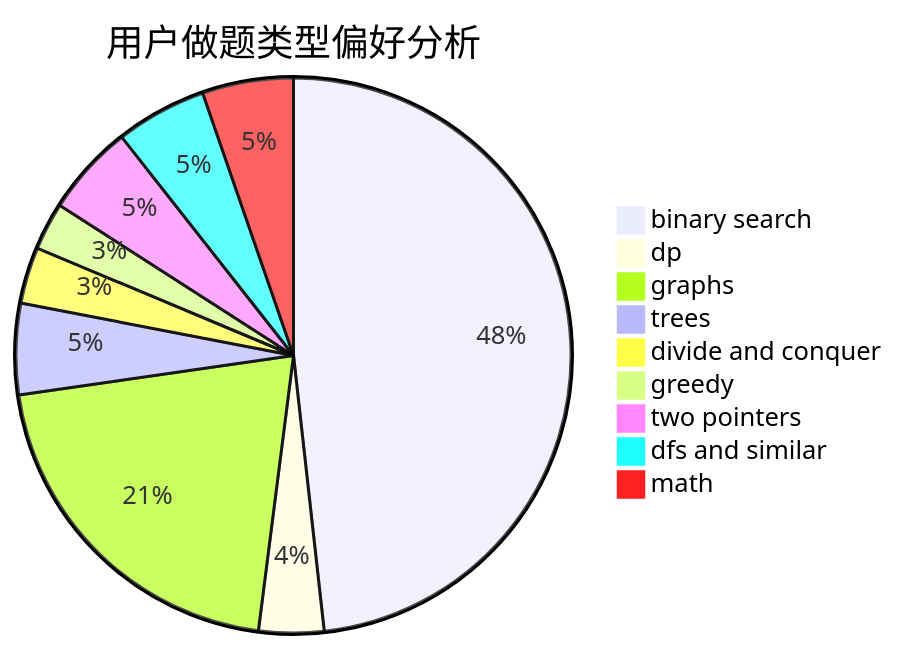
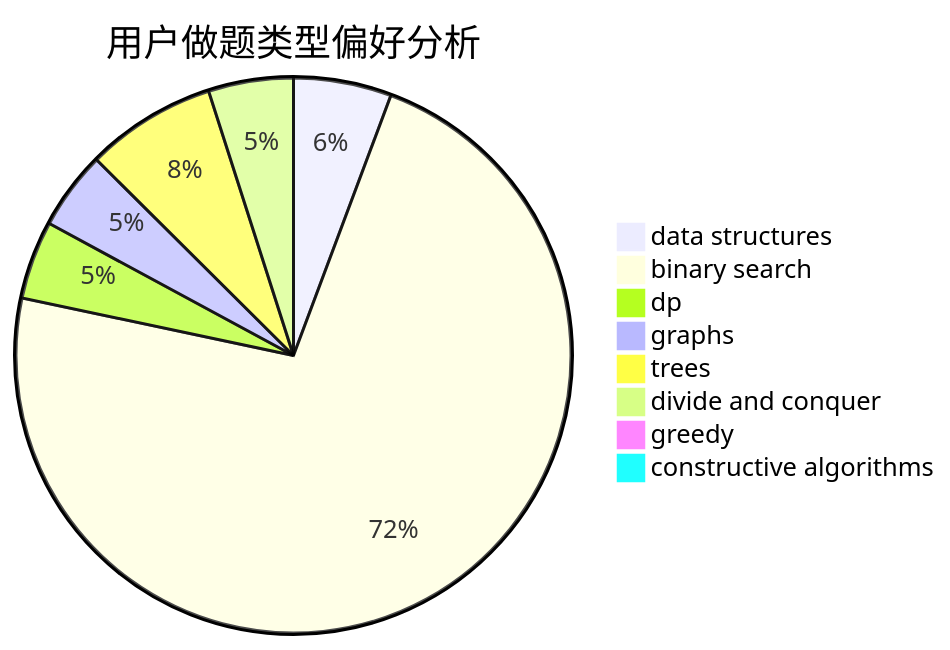
Before and after one commit to sherpahu/cfrs.github.io: the second of 3 diagrams in docs/user/u2475.md, drawn with Mermaid. The commit also changed other lines of this file and 2775 other files, not shown here.

````diff
--- a/docs/user/u2475.md
+++ b/docs/user/u2475.md
@@ -23,12 +23,11 @@
 ```mermaid
 pie title 用户做题类型偏好分析
+    "data structures" :  15
     "binary search" :  191
-    "dp" :  15
-    "graphs" :  82
-    "trees" :  21
+    "dp" :  12
+    "graphs" :  12
+    "trees" :  20
     "divide and conquer" :  13
-    "greedy" :  11
-    "two pointers" :  21
-    "dfs and similar" :  21
-    "math" :  21
+    "greedy" :  1
+    "constructive algorithms" :  0
 ```
````
